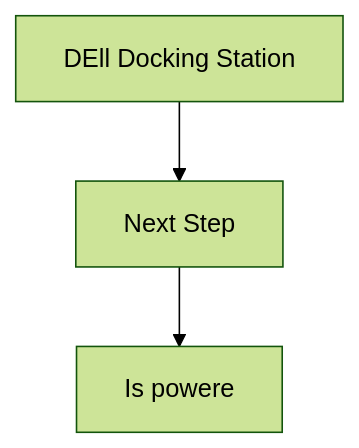
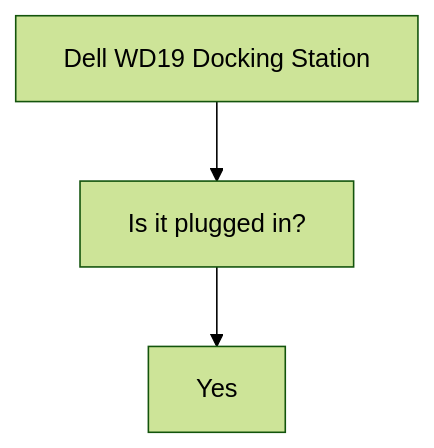
Before and after one commit to ODS-VDTSS/ObsidianGitTest: the diagram in 2026-03-02.md, drawn with Mermaid (forest theme).

Commit message:
vault backup: 2026-03-02 23:25:18

````diff
--- a/2026-03-02.md
+++ b/2026-03-02.md
@@ -9,4 +9,4 @@
 ```mermaid  
 flowchart TD  
-A[DEll Docking Station] --> B[Next Step] --> C[Is powere]
+A[Dell WD19 Docking Station] --> B[Is it plugged in?] --> C[Yes]
 ```
````
